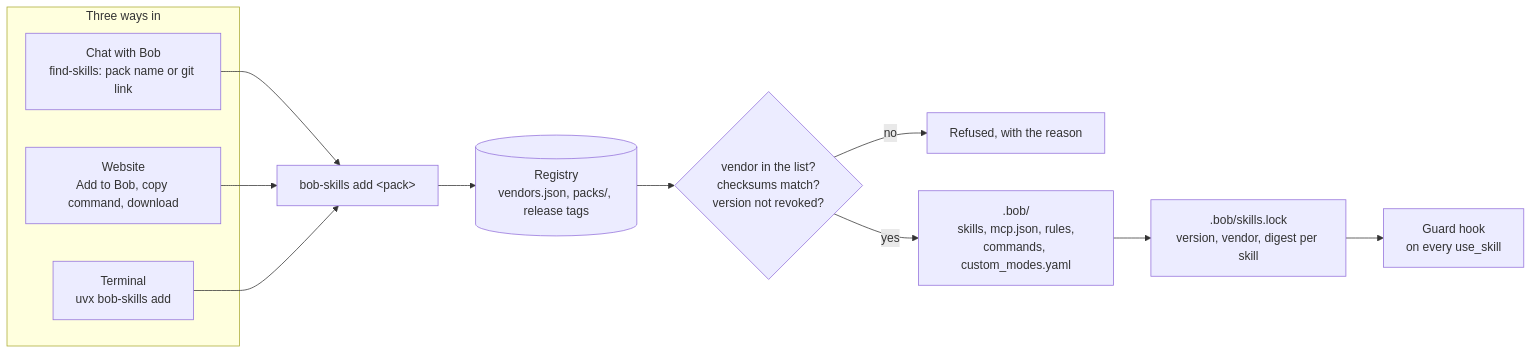
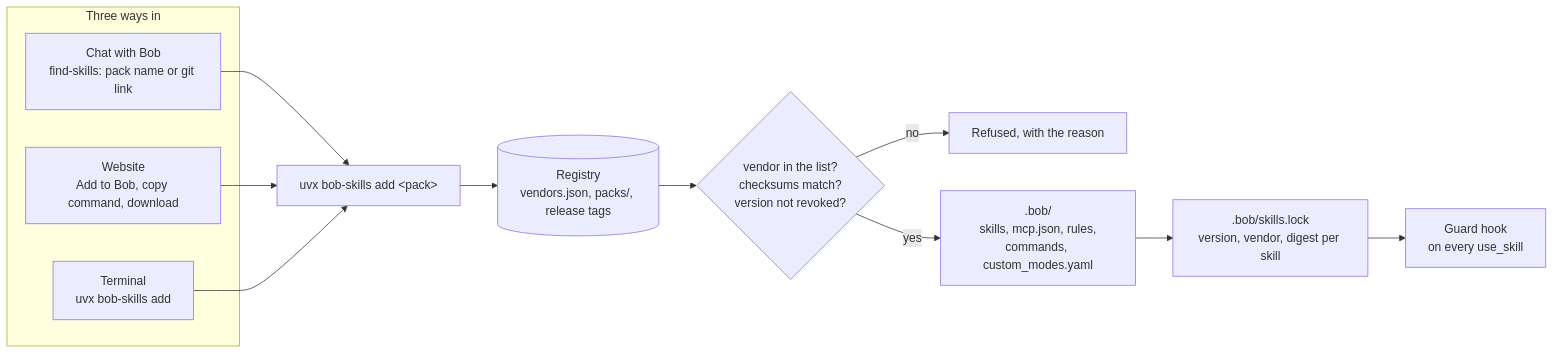
One commit to AlexandraIourenkova/bob-skills-marketplace changed the first of 4 diagrams in README.md. Above: the diagram before and after it, drawn with Mermaid. The commit also changed other lines of this file and 548 other files, not shown here.

````diff
--- a/README.md
+++ b/README.md
@@ -16,17 +16,17 @@
 ```mermaid
 flowchart LR
     subgraph ways["Three ways in"]
         chat["Chat with Bob<br/>find-skills: pack name or git link"]
         site["Website<br/>Add to Bob, copy command, download"]
         cli["Terminal<br/>uvx bob-skills add"]
     end
     chat --> add
     site --> add
     cli --> add
-    add["bob-skills add &lt;pack&gt;"] --> reg[("Registry<br/>vendors.json, packs/, release tags")]
+    add["uvx bob-skills add &lt;pack&gt;"] --> reg[("Registry<br/>vendors.json, packs/, release tags")]
     reg --> check{"vendor in the list?<br/>checksums match?<br/>version not revoked?"}
     check -- no --> refuse["Refused, with the reason"]
     check -- yes --> bob[".bob/<br/>skills, mcp.json, rules,<br/>commands, custom_modes.yaml"]
     bob --> lock[".bob/skills.lock<br/>version, vendor, digest per skill"]
     lock --> guard["Guard hook<br/>on every use_skill"]
 ```
````
